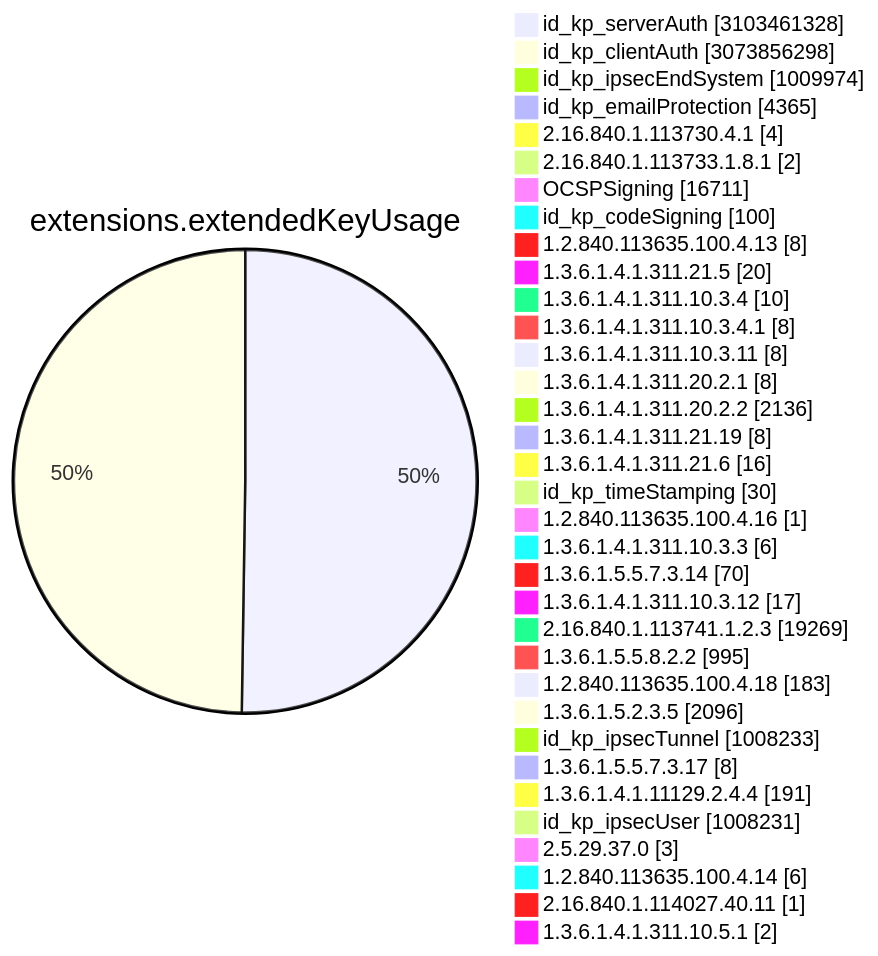
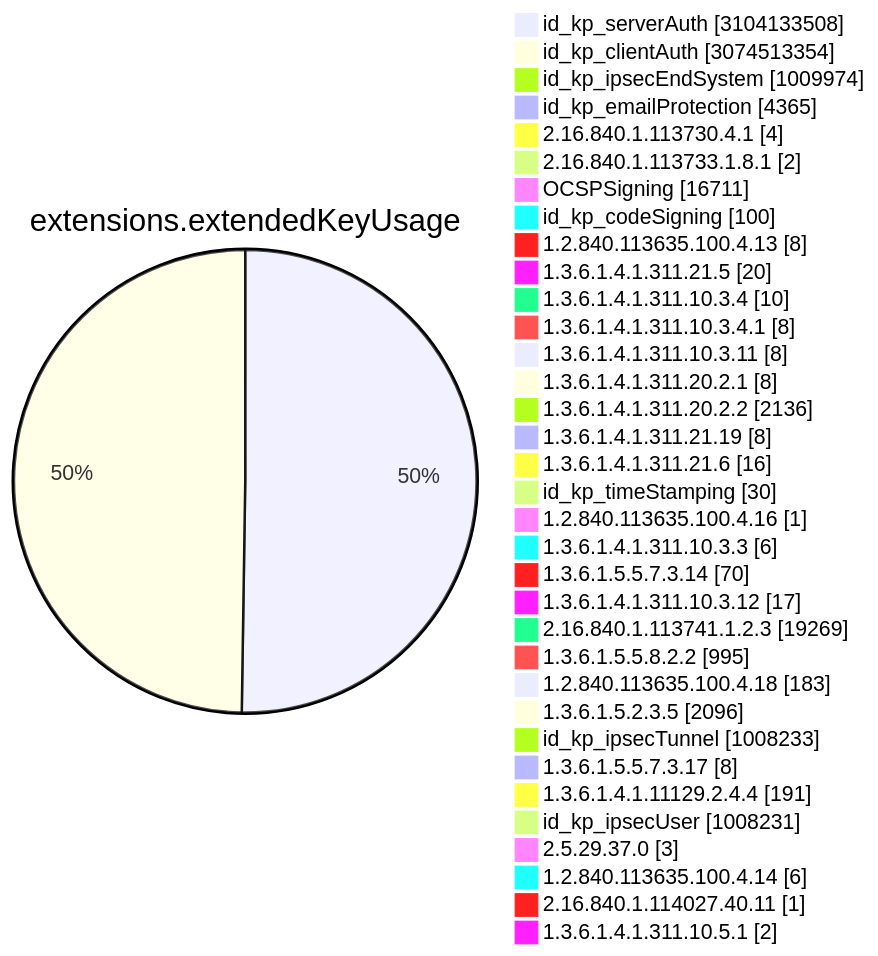
Before and after one commit to christiankrug/ctmonitor_visualization: diagram 11 of 15 in TOTAL/README.md, drawn with Mermaid. The commit also changed other lines of this file, not shown here.

````diff
--- a/TOTAL/README.md
+++ b/TOTAL/README.md
@@ -4117,38 +4117,38 @@
 ```mermaid
 pie showData
 title extensions.extendedKeyUsage
-"id_kp_serverAuth" :3103461328
-"id_kp_clientAuth" :3073856298
+"id_kp_serverAuth" :3104133508
+"id_kp_clientAuth" :3074513354
 "id_kp_ipsecEndSystem" :1009974
 "id_kp_emailProtection" :4365
 "2.16.840.1.113730.4.1" :4
 "2.16.840.1.113733.1.8.1" :2
 "OCSPSigning" :16711
 "id_kp_codeSigning" :100
 "1.2.840.113635.100.4.13" :8
 "1.3.6.1.4.1.311.21.5" :20
 "1.3.6.1.4.1.311.10.3.4" :10
 "1.3.6.1.4.1.311.10.3.4.1" :8
 "1.3.6.1.4.1.311.10.3.11" :8
 "1.3.6.1.4.1.311.20.2.1" :8
 "1.3.6.1.4.1.311.20.2.2" :2136
 "1.3.6.1.4.1.311.21.19" :8
 "1.3.6.1.4.1.311.21.6" :16
 "id_kp_timeStamping" :30
 "1.2.840.113635.100.4.16" :1
 "1.3.6.1.4.1.311.10.3.3" :6
 "1.3.6.1.5.5.7.3.14" :70
 "1.3.6.1.4.1.311.10.3.12" :17
 "2.16.840.1.113741.1.2.3" :19269
 "1.3.6.1.5.5.8.2.2" :995
 "1.2.840.113635.100.4.18" :183
 "1.3.6.1.5.2.3.5" :2096
 "id_kp_ipsecTunnel" :1008233
 "1.3.6.1.5.5.7.3.17" :8
 "1.3.6.1.4.1.11129.2.4.4" :191
 "id_kp_ipsecUser" :1008231
 "2.5.29.37.0" :3
 "1.2.840.113635.100.4.14" :6
 "2.16.840.1.114027.40.11" :1
 "1.3.6.1.4.1.311.10.5.1" :2
 ```
````
